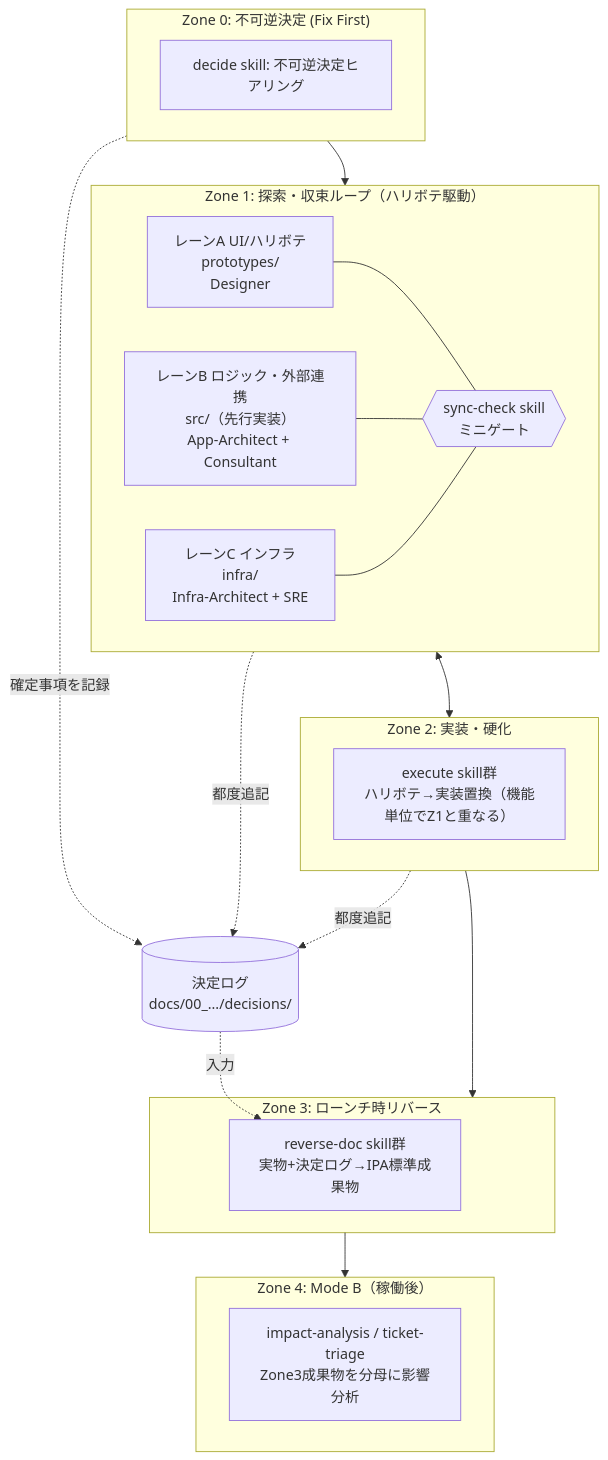
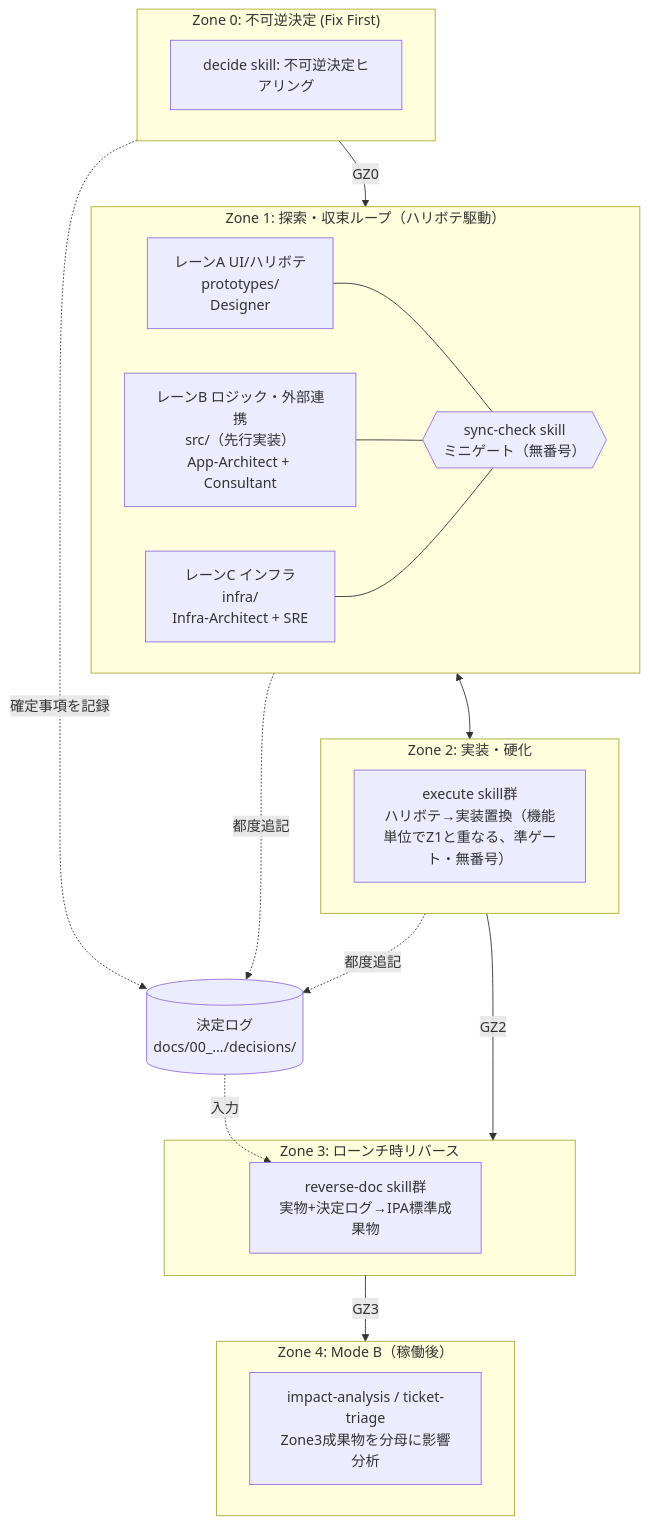
Before and after one commit to k-tanaka-522/aidev: the first of 4 diagrams in docs/v2/02_実行基盤アーキテクチャ.md, drawn with Mermaid. The commit also changed other lines of this file and 1 other file, not shown here.

````diff
--- a/docs/v2/02_実行基盤アーキテクチャ.md
+++ b/docs/v2/02_実行基盤アーキテクチャ.md
@@ -115,40 +118,40 @@
 ```mermaid
 flowchart TB
     subgraph Z0["Zone 0: 不可逆決定 (Fix First)"]
         DHEAR["decide skill: 不可逆決定ヒアリング"]
     end
 
     subgraph Z1["Zone 1: 探索・収束ループ（ハリボテ駆動）"]
         direction LR
         LANEA["レーンA UI/ハリボテ<br/>prototypes/<br/>Designer"]
         LANEB["レーンB ロジック・外部連携<br/>src/（先行実装）<br/>App-Architect + Consultant"]
         LANEC["レーンC インフラ<br/>infra/<br/>Infra-Architect + SRE"]
-        SYNC{{"sync-check skill<br/>ミニゲート"}}
+        SYNC{{"sync-check skill<br/>ミニゲート（無番号）"}}
         LANEA --- SYNC
         LANEB --- SYNC
         LANEC --- SYNC
     end
 
     subgraph Z2["Zone 2: 実装・硬化"]
-        IMPL["execute skill群<br/>ハリボテ→実装置換（機能単位でZ1と重なる）"]
+        IMPL["execute skill群<br/>ハリボテ→実装置換（機能単位でZ1と重なる、準ゲート・無番号）"]
     end
 
     subgraph Z3["Zone 3: ローンチ時リバース"]
         REV["reverse-doc skill群<br/>実物+決定ログ→IPA標準成果物"]
     end
 
     subgraph Z4["Zone 4: Mode B（稼働後）"]
         TICKET["impact-analysis / ticket-triage<br/>Zone3成果物を分母に影響分析"]
     end
 
     DLOG[("決定ログ<br/>docs/00_.../decisions/")]
 
-    Z0 --> Z1
+    Z0 -->|GZ0| Z1
     Z1 <--> Z2
-    Z2 --> Z3
-    Z3 --> Z4
+    Z2 -->|GZ2| Z3
+    Z3 -->|GZ3| Z4
     Z0 -.確定事項を記録.-> DLOG
     Z1 -.都度追記.-> DLOG
     Z2 -.都度追記.-> DLOG
     DLOG -.入力.-> REV
 ```
````
